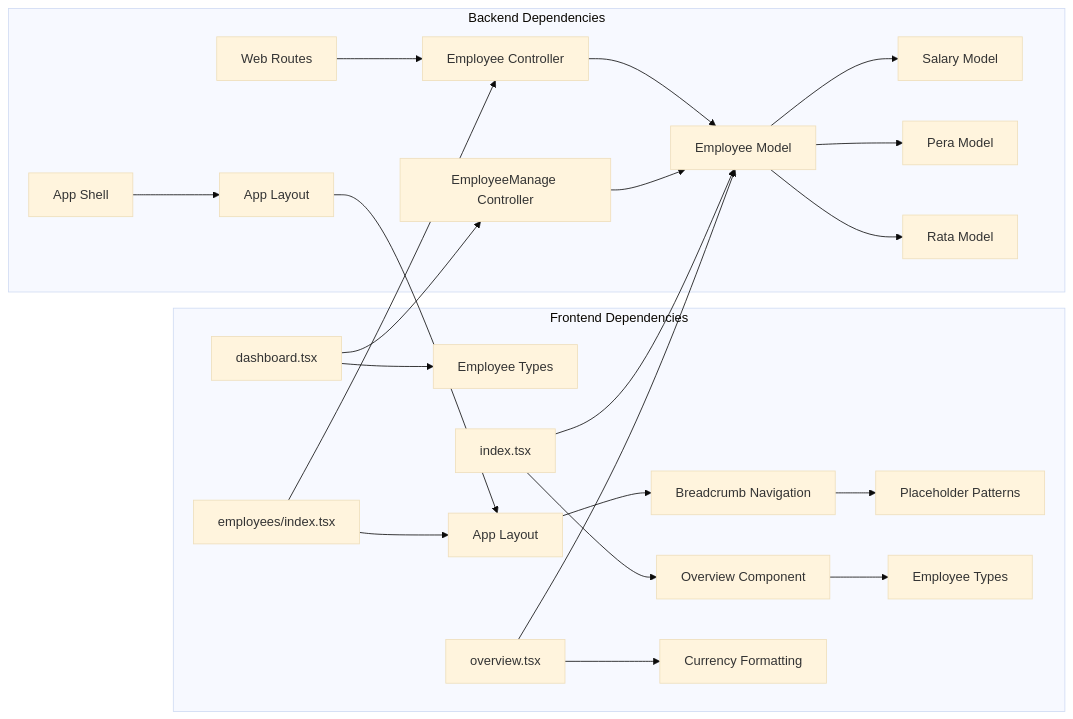
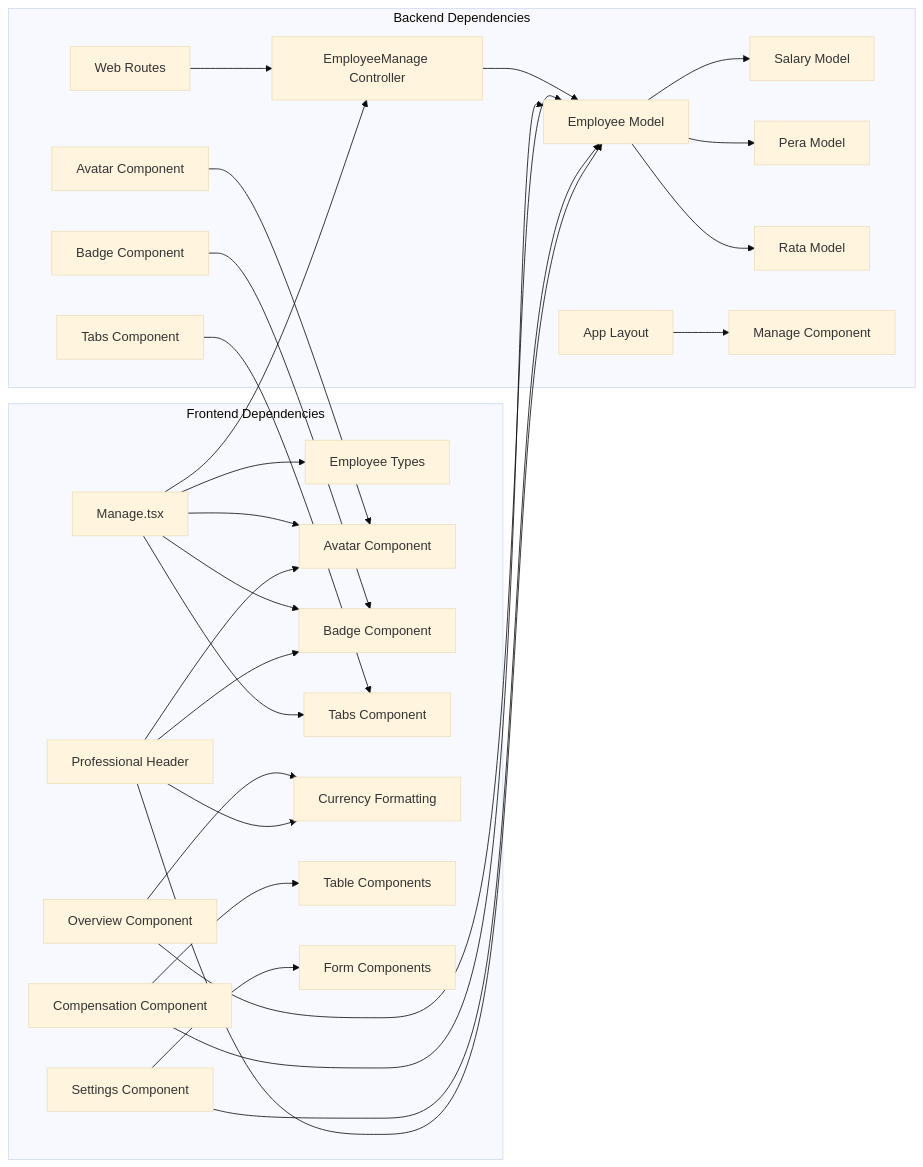
Before and after one commit to vincet0t15/template: the sixth of 6 diagrams in .qoder/repowiki/en/content/Employee Management/Employee Overview Dashboard.md, drawn with Mermaid (base theme). The commit also changed other lines of this file and 7 other files, not shown here.

````diff
--- a/.qoder/repowiki/en/content/Employee Management/Employee Overview Dashboard.md
+++ b/.qoder/repowiki/en/content/Employee Management/Employee Overview Dashboard.md
@@ -286,26 +357,31 @@
 ```mermaid
 graph LR
 subgraph "Frontend Dependencies"
-A[dashboard.tsx] --> B[Employee Types]
-C[employees/index.tsx] --> D[App Layout]
-D --> E[Breadcrumb Navigation]
-E --> F[Placeholder Patterns]
-G[index.tsx] --> H[Overview Component]
-H --> I[Employee Types]
-J[overview.tsx] --> K[Currency Formatting]
+A[Manage.tsx] --> B[Employee Types]
+A --> C[Avatar Component]
+A --> D[Badge Component]
+A --> E[Tabs Component]
+F[Overview Component] --> G[Currency Formatting]
+H[Compensation Component] --> I[Table Components]
+J[Settings Component] --> K[Form Components]
+L[Professional Header] --> C
+L --> D
+L --> G
 end
 subgraph "Backend Dependencies"
-L[Employee Controller] --> M[Employee Model]
-M --> N[Salary Model]
-M --> O[Pera Model]
-M --> P[Rata Model]
-Q[EmployeeManage Controller] --> M
-R[Web Routes] --> L
-S[App Layout] --> D
-T[App Shell] --> S
+M[EmployeeManage Controller] --> N[Employee Model]
+N --> O[Salary Model]
+N --> P[Pera Model]
+N --> Q[Rata Model]
+R[Web Routes] --> M
+S[App Layout] --> T[Manage Component]
+U[Avatar Component] --> C
+V[Badge Component] --> D
+W[Tabs Component] --> E
 end
-A --> Q
-C --> L
-G --> M
-J --> M
+A --> M
+F --> N
+H --> N
+J --> N
+L --> N
 ```
````
